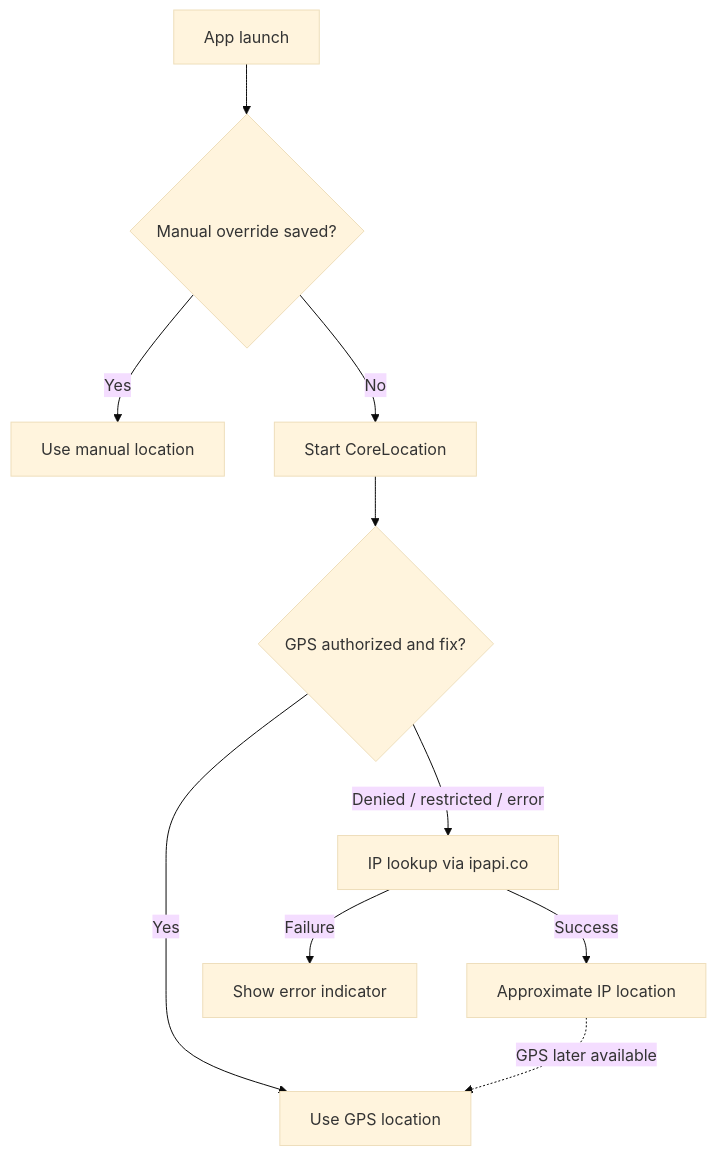
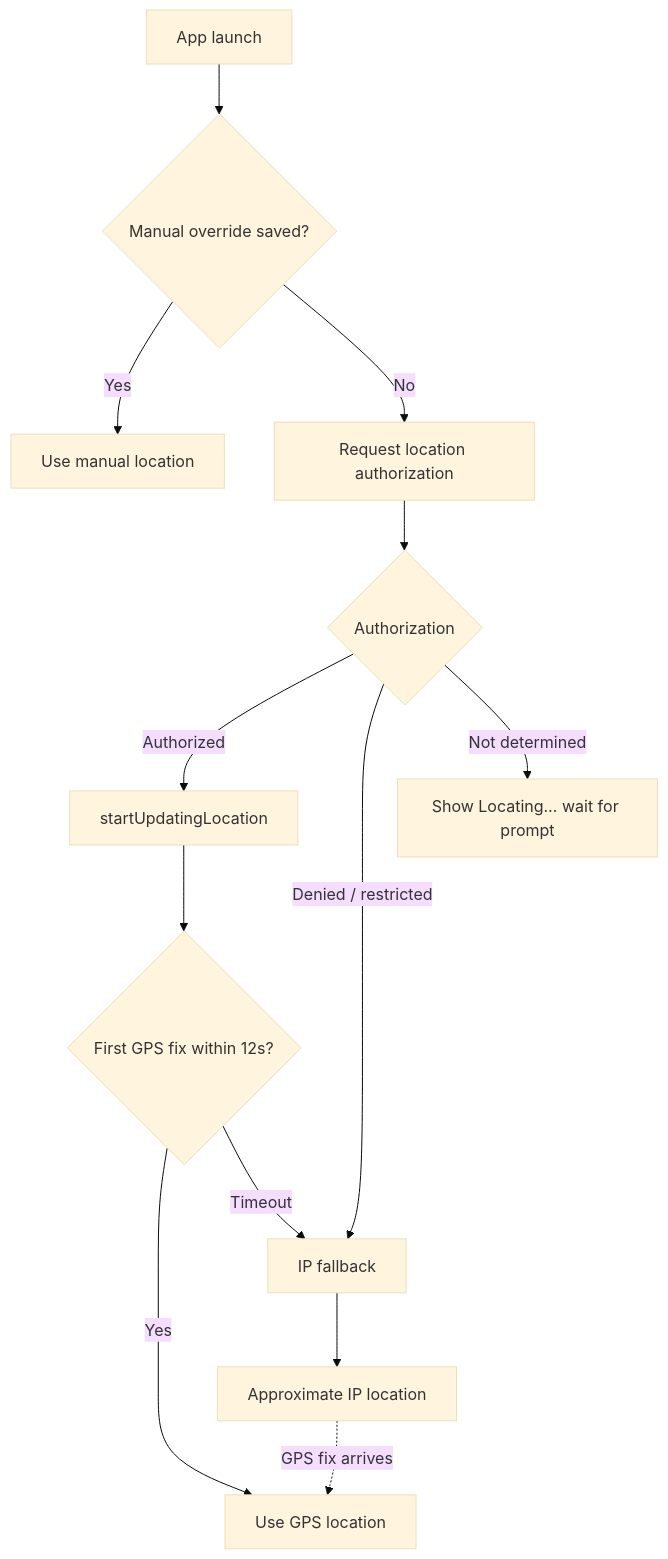
The diagram in README.md (NextStepGuru/mac-os-weather-temp), drawn with Mermaid (base theme) before and after one commit. The commit also changed other lines of this file and 8 other files, not shown here.

````diff
--- a/README.md
+++ b/README.md
@@ -102,12 +114,15 @@
 ```mermaid
 flowchart TD
     launch[App launch] --> manual{Manual override saved?}
     manual -->|Yes| useManual[Use manual location]
-    manual -->|No| startGPS[Start CoreLocation]
-    startGPS --> gpsOK{GPS authorized and fix?}
-    gpsOK -->|Yes| useGPS[Use GPS location]
-    gpsOK -->|"Denied / restricted / error"| ipFallback[IP lookup via ipapi.co]
-    ipFallback -->|Success| useIP["Approximate IP location"]
-    ipFallback -->|Failure| showError["Show error indicator"]
-    useIP -.->|"GPS later available"| useGPS
+    manual -->|No| reqAuth[Request location authorization]
+    reqAuth --> auth{Authorization}
+    auth -->|Authorized| startGPS[startUpdatingLocation]
+    auth -->|Denied / restricted| ip[IP fallback]
+    auth -->|Not determined| wait[Show Locating… wait for prompt]
+    startGPS --> grace{First GPS fix within 12s?}
+    grace -->|Yes| useGPS[Use GPS location]
+    grace -->|Timeout| ip
+    ip --> useIP["Approximate IP location"]
+    useIP -.->|GPS fix arrives| useGPS
 ```
````
